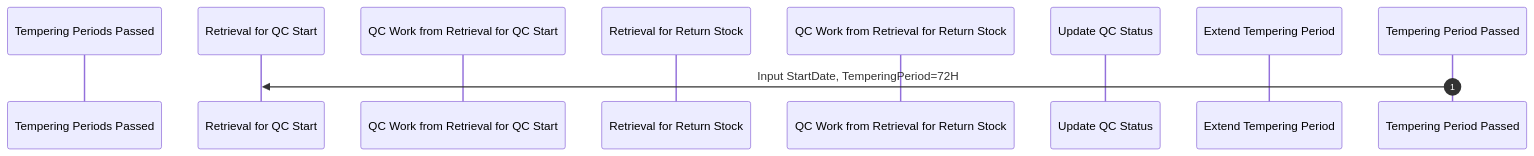
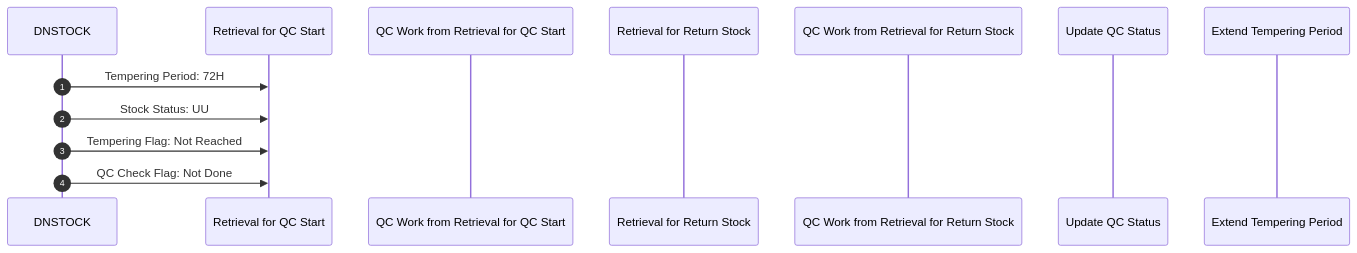
One commit to luthfiadityaa/SimeDarby-Wiki changed the diagram in Basic-Design/DFD-WMS/Retrieval/QC-Setting.md. Above: the diagram before and after it, drawn with Mermaid. The commit also changed other lines of this file, not shown here.

Commit message:
Updated QC Setting

```diff
--- a/Basic-Design/DFD-WMS/Retrieval/QC-Setting.md
+++ b/Basic-Design/DFD-WMS/Retrieval/QC-Setting.md
@@ -6,17 +10,21 @@
 ::: mermaid
 sequenceDiagram
     autonumber
 
-    participant Tempering Periods Passed
+    participant DNSTOCK
     participant Retrieval for QC Start
     participant QC Work from Retrieval for QC Start
     participant Retrieval for Return Stock
     participant QC Work from Retrieval for Return Stock
     participant Update QC Status
     participant Extend Tempering Period
 
     %% --- 1. Tempering Periods Passed ---
-    Tempering Period Passed ->> Retrieval for QC Start: Input StartDate, TemperingPeriod=72H
+    DNSTOCK ->> Retrieval for QC Start: Tempering Period: 72H
+    DNSTOCK ->> Retrieval for QC Start: Stock Status: UU  
+    DNSTOCK ->> Retrieval for QC Start: Tempering Flag: Not Reached 
+    DNSTOCK ->> Retrieval for QC Start: QC Check Flag: Not Done
+ 
 
 
 :::
```
